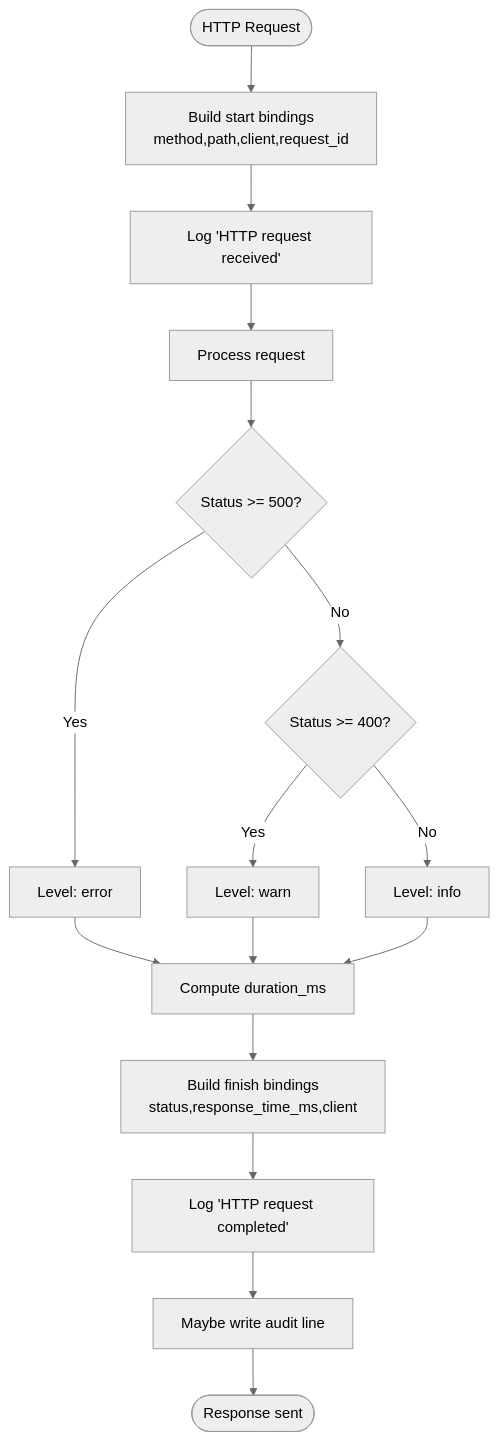
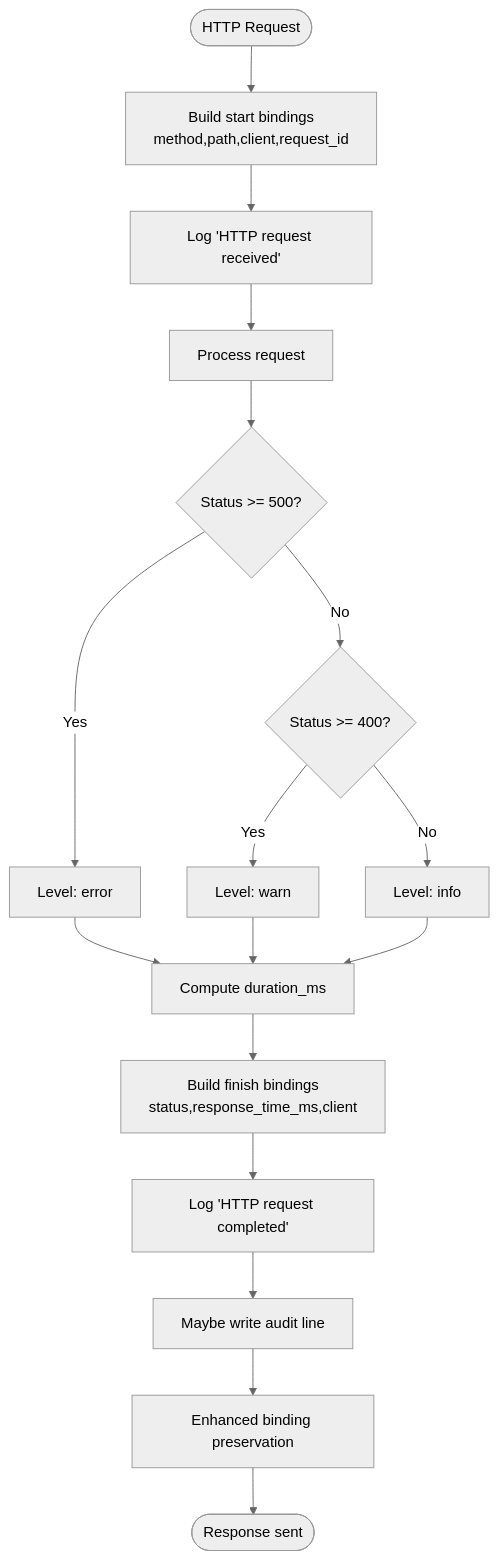
The fifth of 7 diagrams in .qoder/repowiki/en/content/Monitoring & Observability.md (debian777/kairos-mcp), drawn with Mermaid (neutral theme) before and after one commit. The commit also changed other lines of this file and 4 other files, not shown here.

````diff
--- a/.qoder/repowiki/en/content/Monitoring & Observability.md
+++ b/.qoder/repowiki/en/content/Monitoring & Observability.md
@@ -347,18 +359,19 @@
 ```mermaid
 flowchart TD
 Start(["HTTP Request"]) --> Bindings["Build start bindings<br/>method,path,client,request_id"]
 Bindings --> LogStart["Log 'HTTP request received'"]
 LogStart --> Process["Process request"]
 Process --> Status{"Status >= 500?"}
 Status --> |Yes| LevelErr["Level: error"]
 Status --> |No| Status400{"Status >= 400?"}
 Status400 --> |Yes| LevelWarn["Level: warn"]
 Status400 --> |No| LevelInfo["Level: info"]
 LevelErr --> Duration["Compute duration_ms"]
 LevelWarn --> Duration
 LevelInfo --> Duration
 Duration --> FinishBindings["Build finish bindings<br/>status,response_time_ms,client"]
 FinishBindings --> LogFinish["Log 'HTTP request completed'"]
 LogFinish --> Audit["Maybe write audit line"]
-Audit --> End(["Response sent"])
+Audit --> Enhanced["Enhanced binding preservation"]
+Enhanced --> End(["Response sent"])
 ```
````
